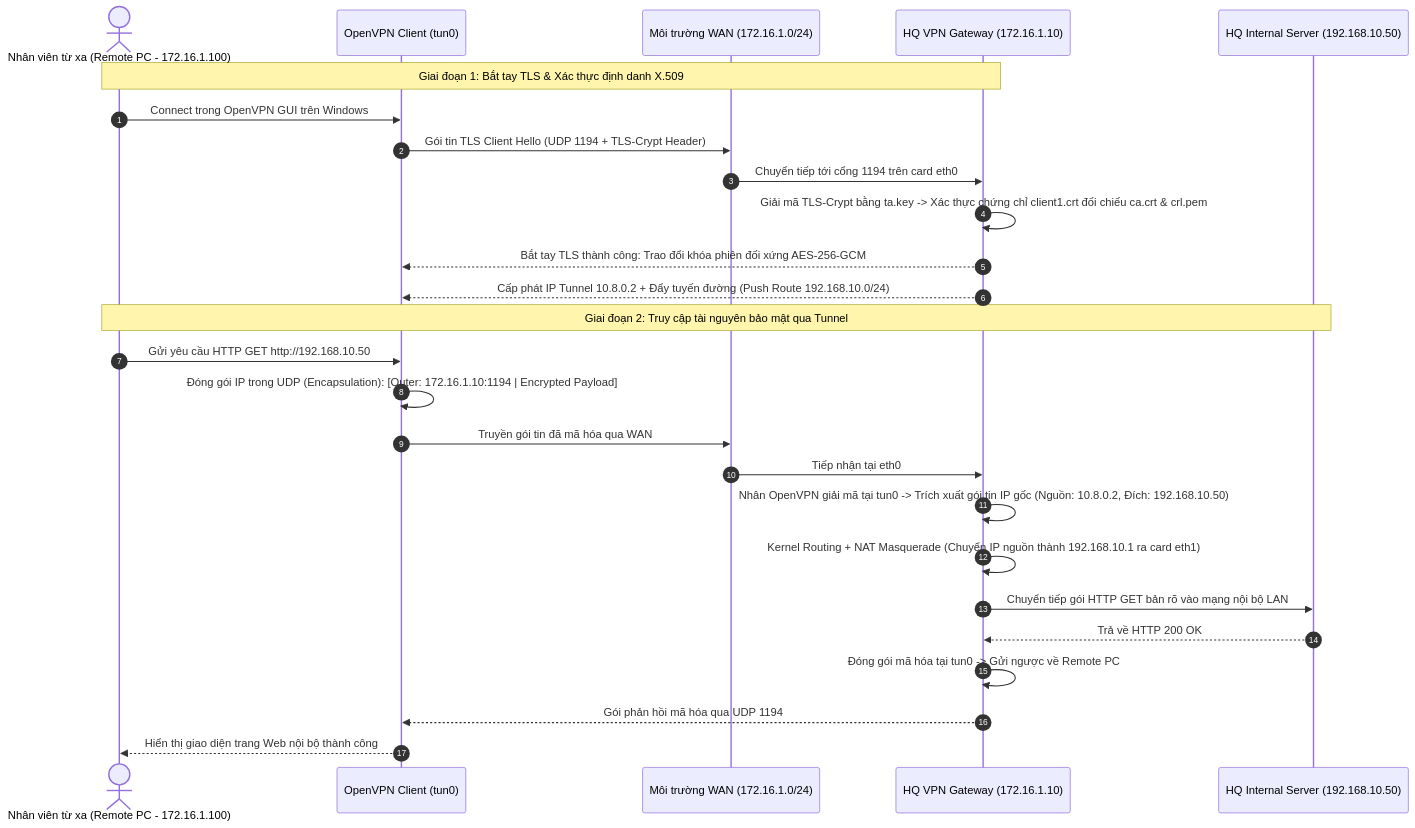
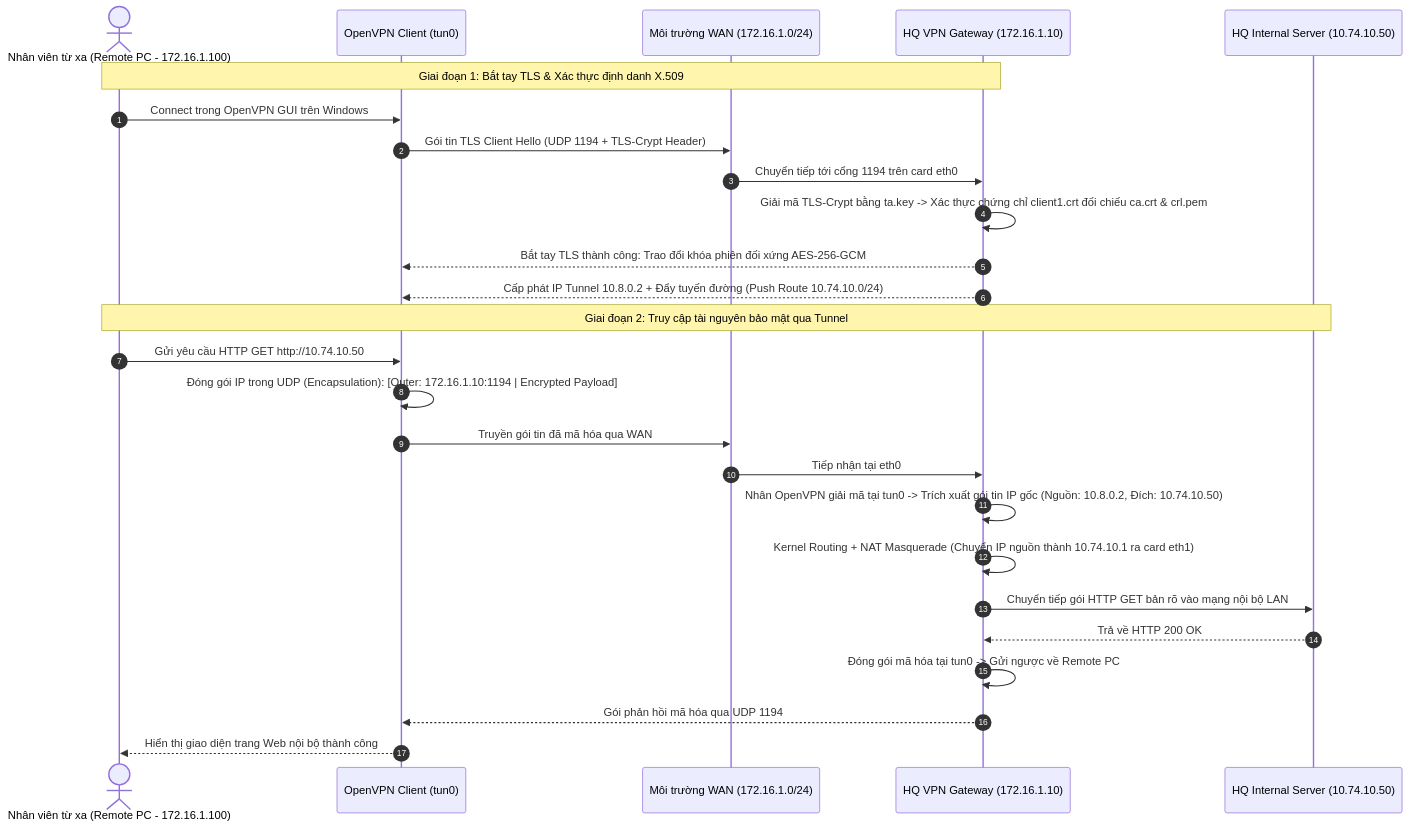
Before and after one commit to Sleepy2608/VPN-Site-to-Site-and-Client-to-Site-Implementation: the diagram in docs/technical-guides/04-client-to-site-guide.md, drawn with Mermaid. The commit also changed other lines of this file and 59 other files, not shown here.

````diff
--- a/docs/technical-guides/04-client-to-site-guide.md
+++ b/docs/technical-guides/04-client-to-site-guide.md
@@ -15,30 +15,30 @@
 ```mermaid
 sequenceDiagram
     autonumber
     actor User as Nhân viên từ xa (Remote PC - 172.16.1.100)
     participant OVPN_CLI as OpenVPN Client (tun0)
     participant WAN as Môi trường WAN (172.16.1.0/24)
     participant HQ_GW as HQ VPN Gateway (172.16.1.10)
-    participant HQ_SRV as HQ Internal Server (192.168.10.50)
+    participant HQ_SRV as HQ Internal Server (10.74.10.50)
 
     Note over User,HQ_GW: Giai đoạn 1: Bắt tay TLS & Xác thực định danh X.509
     User->>OVPN_CLI: Connect trong OpenVPN GUI trên Windows
     OVPN_CLI->>WAN: Gói tin TLS Client Hello (UDP 1194 + TLS-Crypt Header)
     WAN->>HQ_GW: Chuyển tiếp tới cổng 1194 trên card eth0
     HQ_GW->>HQ_GW: Giải mã TLS-Crypt bằng ta.key -> Xác thực chứng chỉ client1.crt đối chiếu ca.crt & crl.pem
     HQ_GW-->>OVPN_CLI: Bắt tay TLS thành công: Trao đổi khóa phiên đối xứng AES-256-GCM
-    HQ_GW-->>OVPN_CLI: Cấp phát IP Tunnel 10.8.0.2 + Đẩy tuyến đường (Push Route 192.168.10.0/24)
+    HQ_GW-->>OVPN_CLI: Cấp phát IP Tunnel 10.8.0.2 + Đẩy tuyến đường (Push Route 10.74.10.0/24)
 
     Note over User,HQ_SRV: Giai đoạn 2: Truy cập tài nguyên bảo mật qua Tunnel
-    User->>OVPN_CLI: Gửi yêu cầu HTTP GET http://192.168.10.50
+    User->>OVPN_CLI: Gửi yêu cầu HTTP GET http://10.74.10.50
     OVPN_CLI->>OVPN_CLI: Đóng gói IP trong UDP (Encapsulation): [Outer: 172.16.1.10:1194 | Encrypted Payload]
     OVPN_CLI->>WAN: Truyền gói tin đã mã hóa qua WAN
     WAN->>HQ_GW: Tiếp nhận tại eth0
-    HQ_GW->>HQ_GW: Nhân OpenVPN giải mã tại tun0 -> Trích xuất gói tin IP gốc (Nguồn: 10.8.0.2, Đích: 192.168.10.50)
-    HQ_GW->>HQ_GW: Kernel Routing + NAT Masquerade (Chuyển IP nguồn thành 192.168.10.1 ra card eth1)
+    HQ_GW->>HQ_GW: Nhân OpenVPN giải mã tại tun0 -> Trích xuất gói tin IP gốc (Nguồn: 10.8.0.2, Đích: 10.74.10.50)
+    HQ_GW->>HQ_GW: Kernel Routing + NAT Masquerade (Chuyển IP nguồn thành 10.74.10.1 ra card eth1)
     HQ_GW->>HQ_SRV: Chuyển tiếp gói HTTP GET bản rõ vào mạng nội bộ LAN
     HQ_SRV-->>HQ_GW: Trả về HTTP 200 OK
     HQ_GW->>HQ_GW: Đóng gói mã hóa tại tun0 -> Gửi ngược về Remote PC
     HQ_GW-->>OVPN_CLI: Gói phản hồi mã hóa qua UDP 1194
     OVPN_CLI-->>User: Hiển thị giao diện trang Web nội bộ thành công
 ```
````
